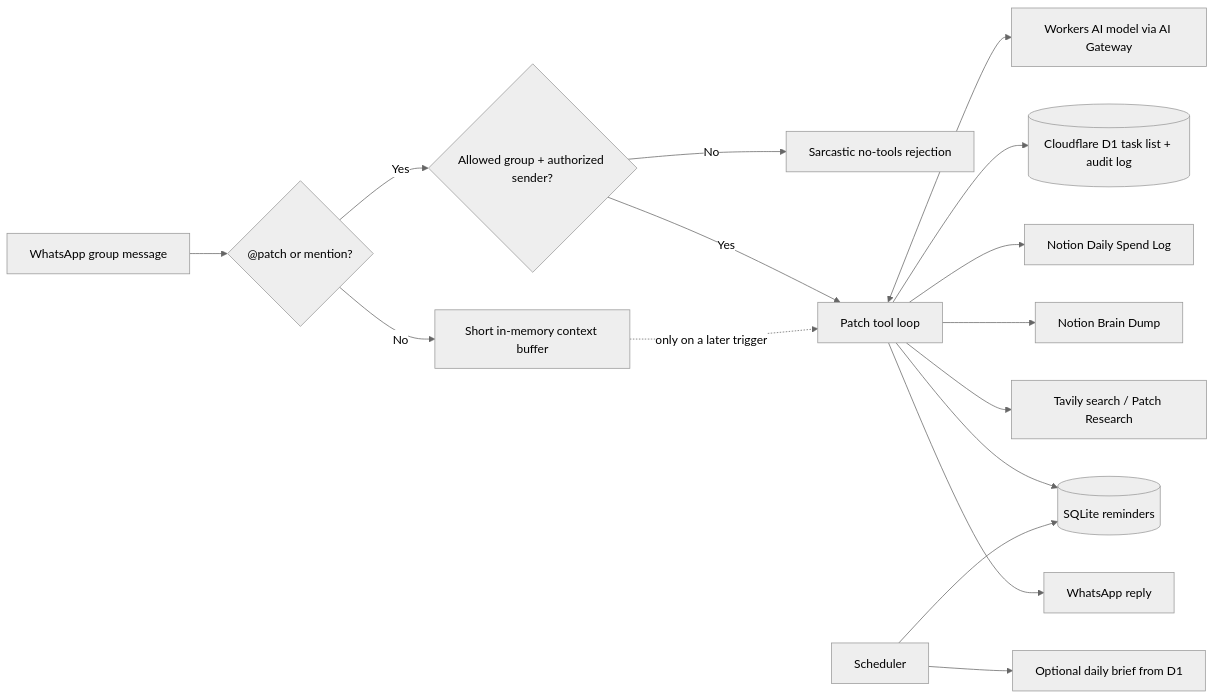
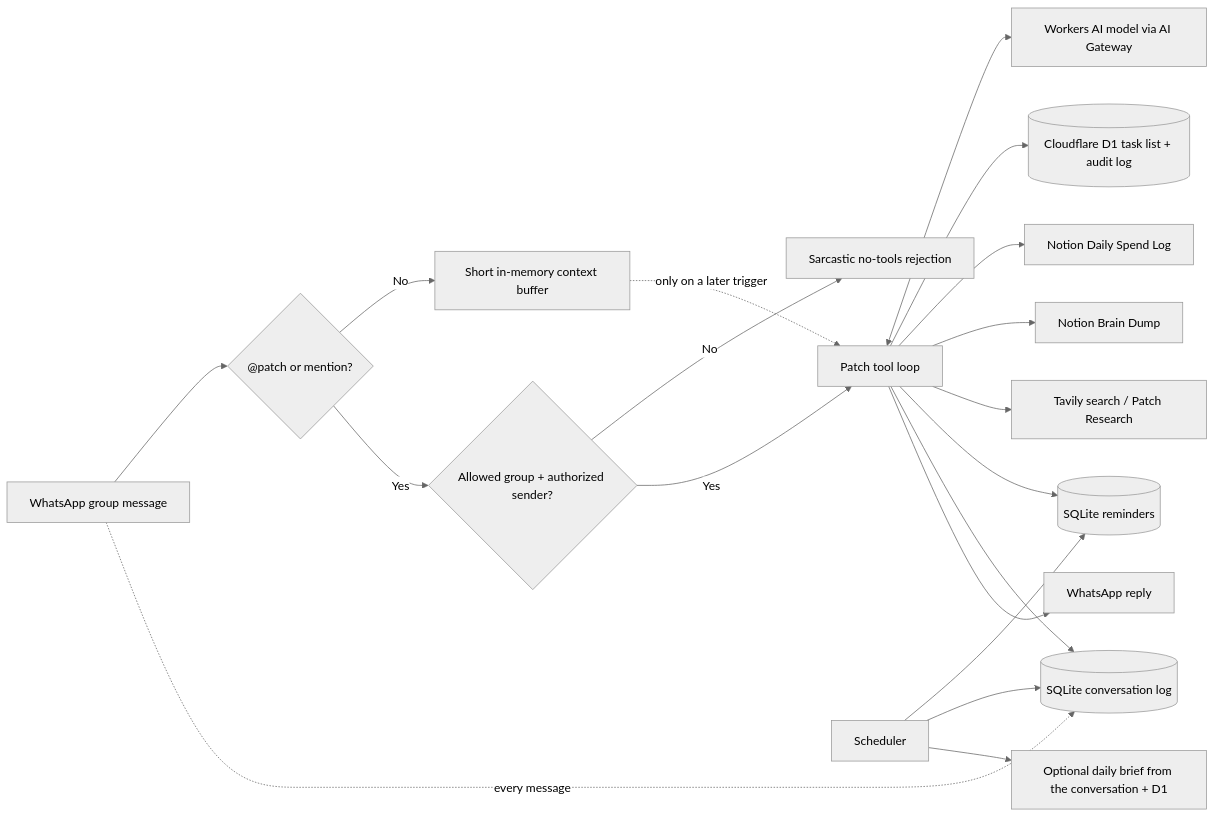
The diagram in README.md (sagnik11/dia-whatsapp-bot), drawn with Mermaid (neutral theme) before and after one commit. The commit also changed other lines of this file and 13 other files, not shown here.

````diff
--- a/README.md
+++ b/README.md
@@ -68,18 +72,21 @@
 ```mermaid
 flowchart LR
     W["WhatsApp group message"] --> T{"@patch or mention?"}
     T -- No --> C["Short in-memory context buffer"]
     T -- Yes --> G{"Allowed group + authorized sender?"}
     G -- No --> R["Sarcastic no-tools rejection"]
     G -- Yes --> A["Patch tool loop"]
     C -.->|only on a later trigger| A
     A <--> M["Workers AI model via AI Gateway"]
     A --> D1[("Cloudflare D1 task list + audit log")]
     A --> SL["Notion Daily Spend Log"]
     A --> BD["Notion Brain Dump"]
     A --> S["Tavily search / Patch Research"]
     A --> RM[("SQLite reminders")]
+    W -.->|every message| CL[("SQLite conversation log")]
+    A --> CL
     SC["Scheduler"] --> RM
-    SC --> BR["Optional daily brief from D1"]
+    SC --> CL
+    SC --> BR["Optional daily brief from the conversation + D1"]
     A --> O["WhatsApp reply"]
 ```
````
